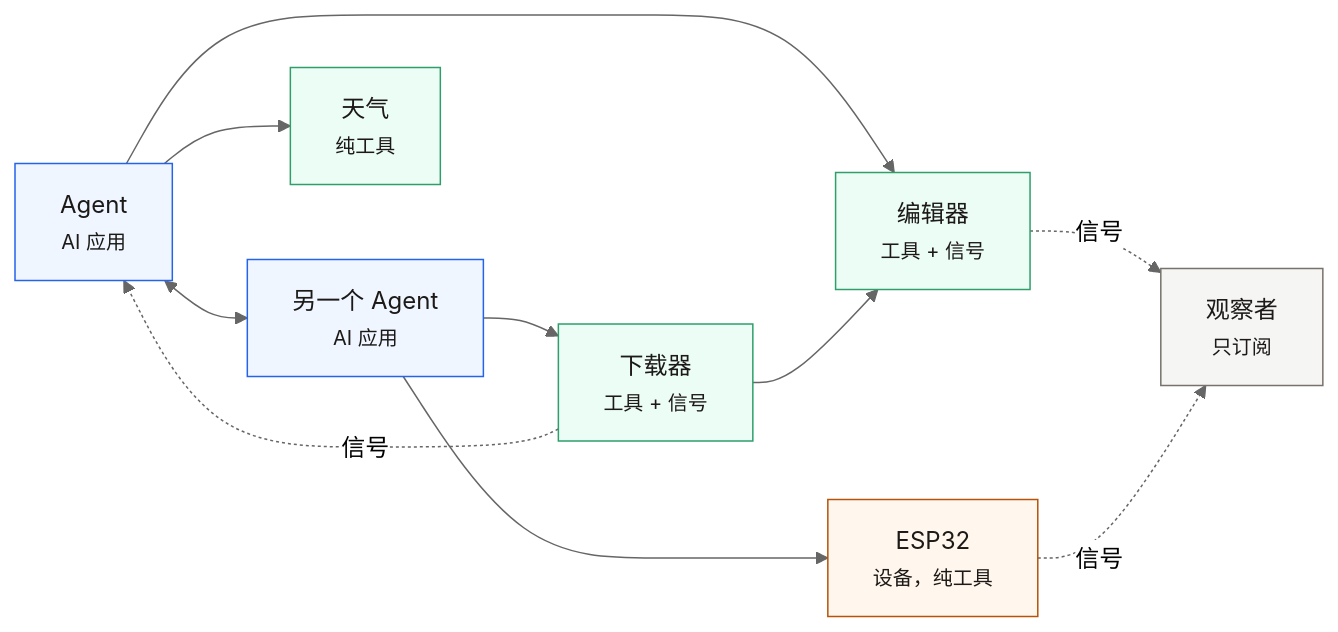
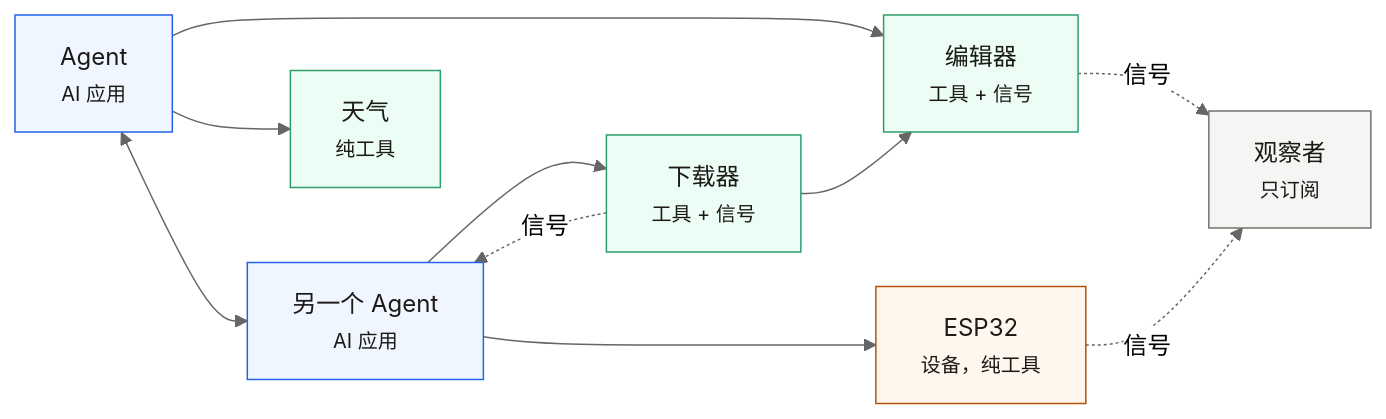
The diagram in docs-site/i18n/zh/docusaurus-plugin-content-docs/current/index.md (ModelSensingProtocol/msp-site), drawn with Mermaid (neutral theme) before and after one commit. The commit also changed other lines of this file and 7 other files, not shown here.

````diff
--- a/docs-site/i18n/zh/docusaurus-plugin-content-docs/current/index.md
+++ b/docs-site/i18n/zh/docusaurus-plugin-content-docs/current/index.md
@@ -3,31 +3,31 @@
 ```mermaid
 flowchart LR
   A1["Agent<br/><small>AI 应用</small>"]
   A2["另一个 Agent<br/><small>AI 应用</small>"]
   ED["编辑器<br/><small>工具 + 信号</small>"]
   DL["下载器<br/><small>工具 + 信号</small>"]
   W["天气<br/><small>纯工具</small>"]
   ES["ESP32<br/><small>设备，纯工具</small>"]
   OB["观察者<br/><small>只订阅</small>"]
 
   A1 <--> A2
   A1 --> ED
   A1 --> W
   A2 --> DL
   A2 --> ES
   DL --> ED
 
-  DL -. 信号 .-> A1
+  DL -. 信号 .-> A2
   ED -. 信号 .-> OB
   ES -. 信号 .-> OB
 
   classDef ai fill:#eff6ff,stroke:#2563eb,color:#1c1917
   classDef tool fill:#ecfdf5,stroke:#2f9e6b,color:#1c1917
   classDef dev fill:#fff7ed,stroke:#b45309,color:#1c1917
   classDef obs fill:#f5f5f4,stroke:#78716c,color:#1c1917
 
   class A1,A2 ai
   class ED,DL,W tool
   class ES dev
   class OB obs
 ```
````
